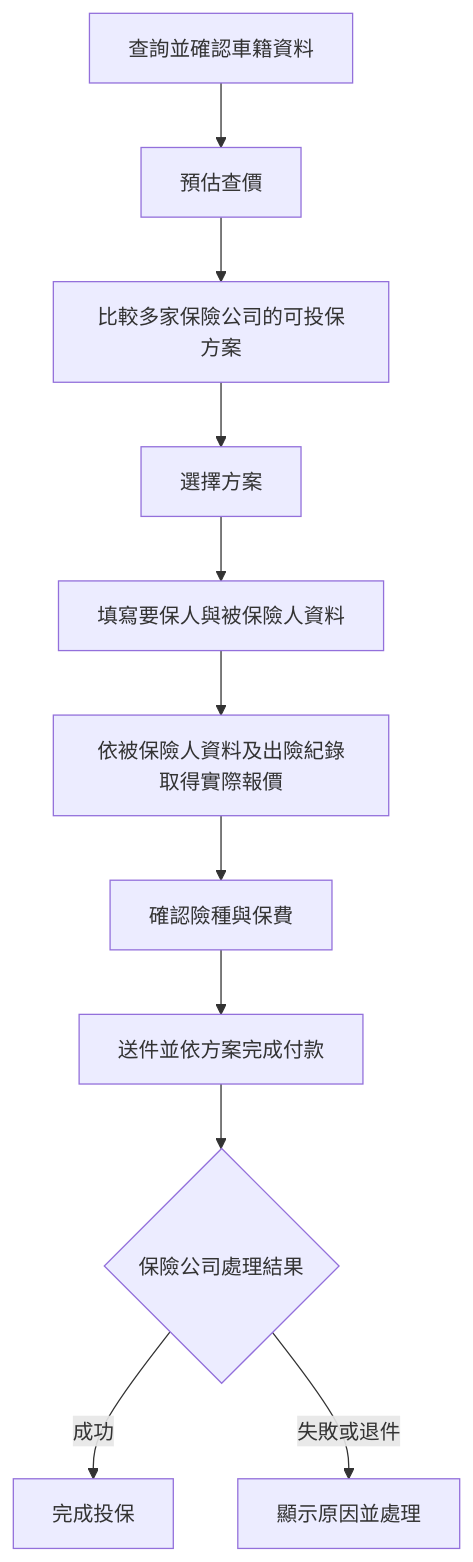
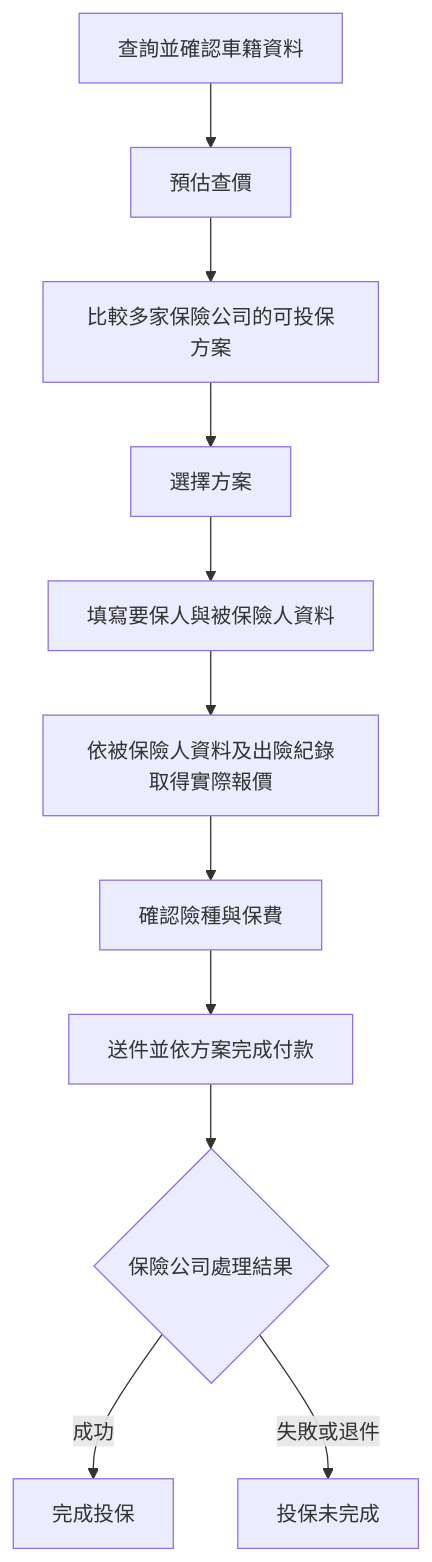
One commit to highhao/insurance-saas-platform changed the first of 3 diagrams in README.md. Above: the diagram before and after it, drawn with Mermaid. The commit also changed other lines of this file, not shown here.

Commit message:
Polish interview portfolio flow descriptions

````diff
--- a/README.md
+++ b/README.md
@@ -13,13 +13,13 @@
 ```mermaid
 flowchart TB
     A[查詢並確認車籍資料] --> B[預估查價]
     B --> C[比較多家保險公司的可投保方案]
     C --> D[選擇方案]
     D --> E[填寫要保人與被保險人資料]
     E --> F[依被保險人資料及出險紀錄取得實際報價]
     F --> G[確認險種與保費]
     G --> H[送件並依方案完成付款]
     H --> I{保險公司處理結果}
     I -->|成功| J[完成投保]
-    I -->|失敗或退件| K[顯示原因並處理]
+    I -->|失敗或退件| K[投保未完成]
 ```
````
